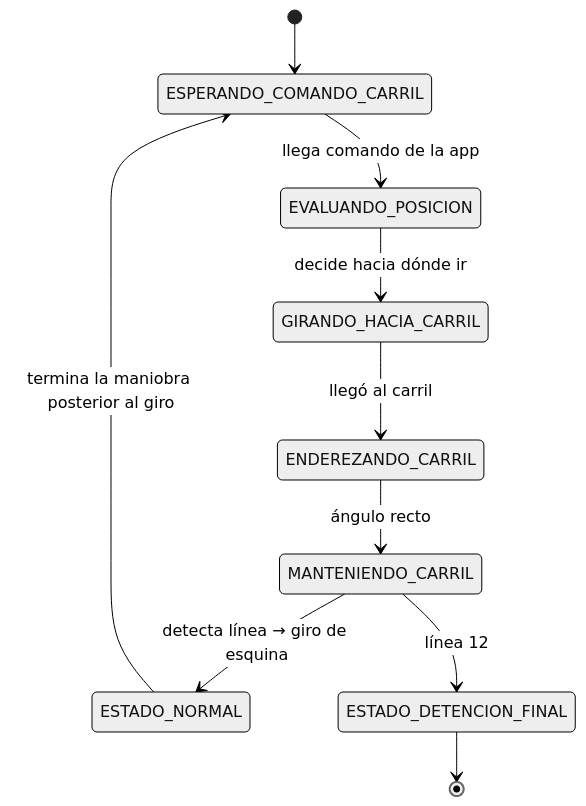
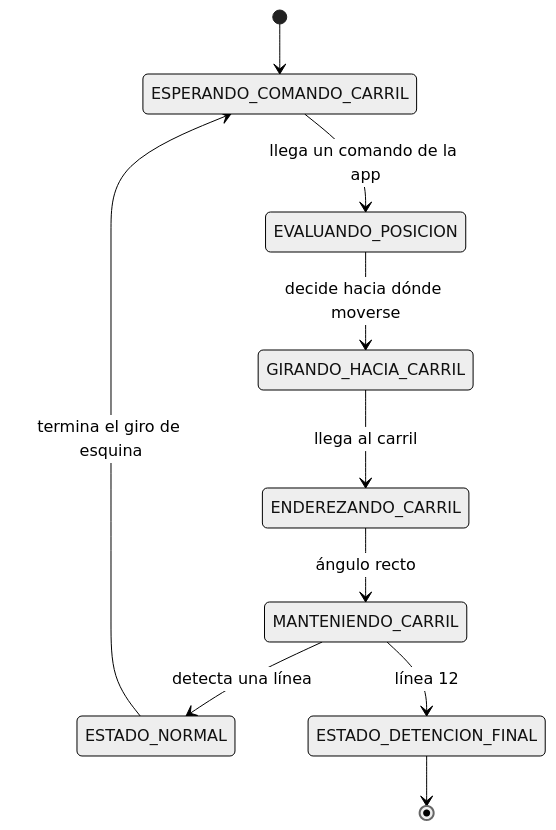
Before and after one commit to erchivox/Prometheus-Team-2026: the seventh of 7 diagrams in README.md, drawn with Mermaid (neutral theme). The commit also changed other lines of this file, not shown here.

````diff
--- a/README.md
+++ b/README.md
@@ -653,12 +1170,12 @@
 ```mermaid
 stateDiagram-v2
     [*] --> ESPERANDO_COMANDO_CARRIL
-    ESPERANDO_COMANDO_CARRIL --> EVALUANDO_POSICION: llega comando de la app
-    EVALUANDO_POSICION --> GIRANDO_HACIA_CARRIL: decide hacia dónde ir
-    GIRANDO_HACIA_CARRIL --> ENDEREZANDO_CARRIL: llegó al carril
+    ESPERANDO_COMANDO_CARRIL --> EVALUANDO_POSICION: llega un comando de la app
+    EVALUANDO_POSICION --> GIRANDO_HACIA_CARRIL: decide hacia dónde moverse
+    GIRANDO_HACIA_CARRIL --> ENDEREZANDO_CARRIL: llega al carril
     ENDEREZANDO_CARRIL --> MANTENIENDO_CARRIL: ángulo recto
-    MANTENIENDO_CARRIL --> ESTADO_NORMAL: detecta línea → giro de esquina
-    ESTADO_NORMAL --> ESPERANDO_COMANDO_CARRIL: termina la maniobra posterior al giro
+    MANTENIENDO_CARRIL --> ESTADO_NORMAL: detecta una línea
+    ESTADO_NORMAL --> ESPERANDO_COMANDO_CARRIL: termina el giro de esquina
     MANTENIENDO_CARRIL --> ESTADO_DETENCION_FINAL: línea 12
     ESTADO_DETENCION_FINAL --> [*]
 ```
````
